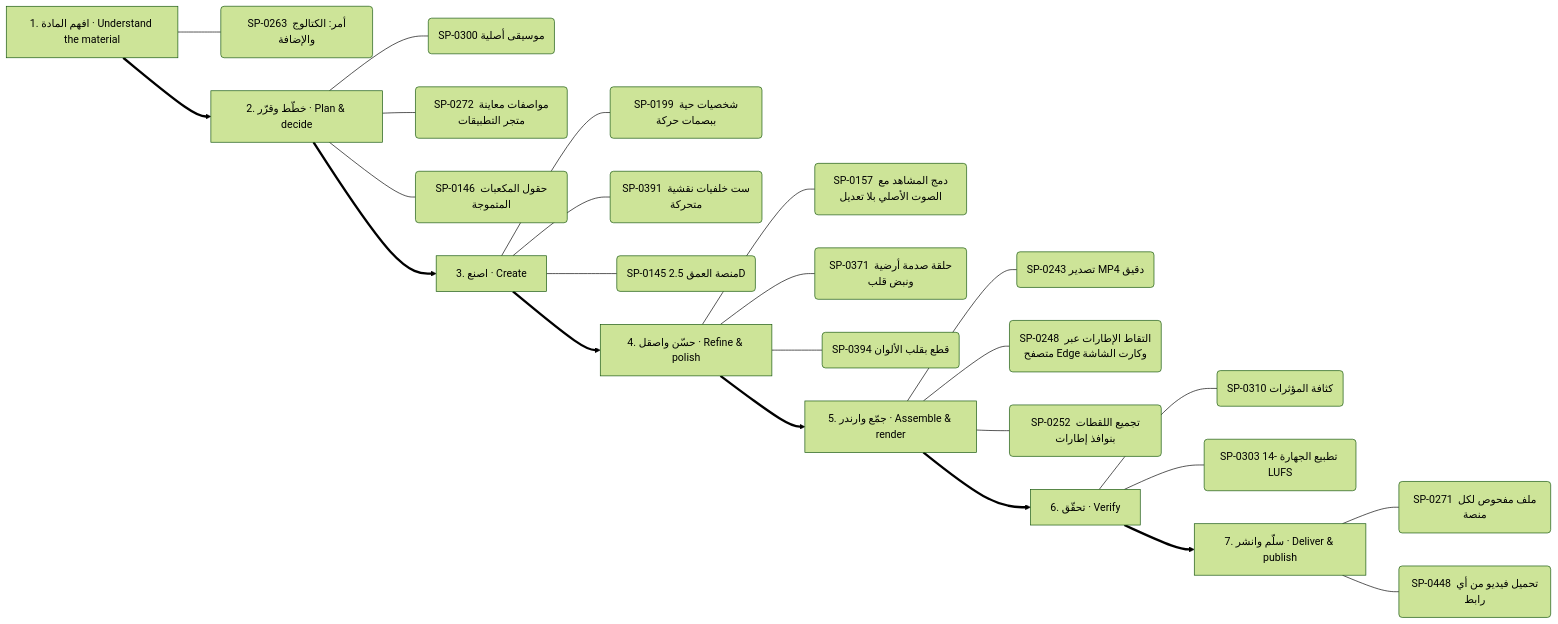
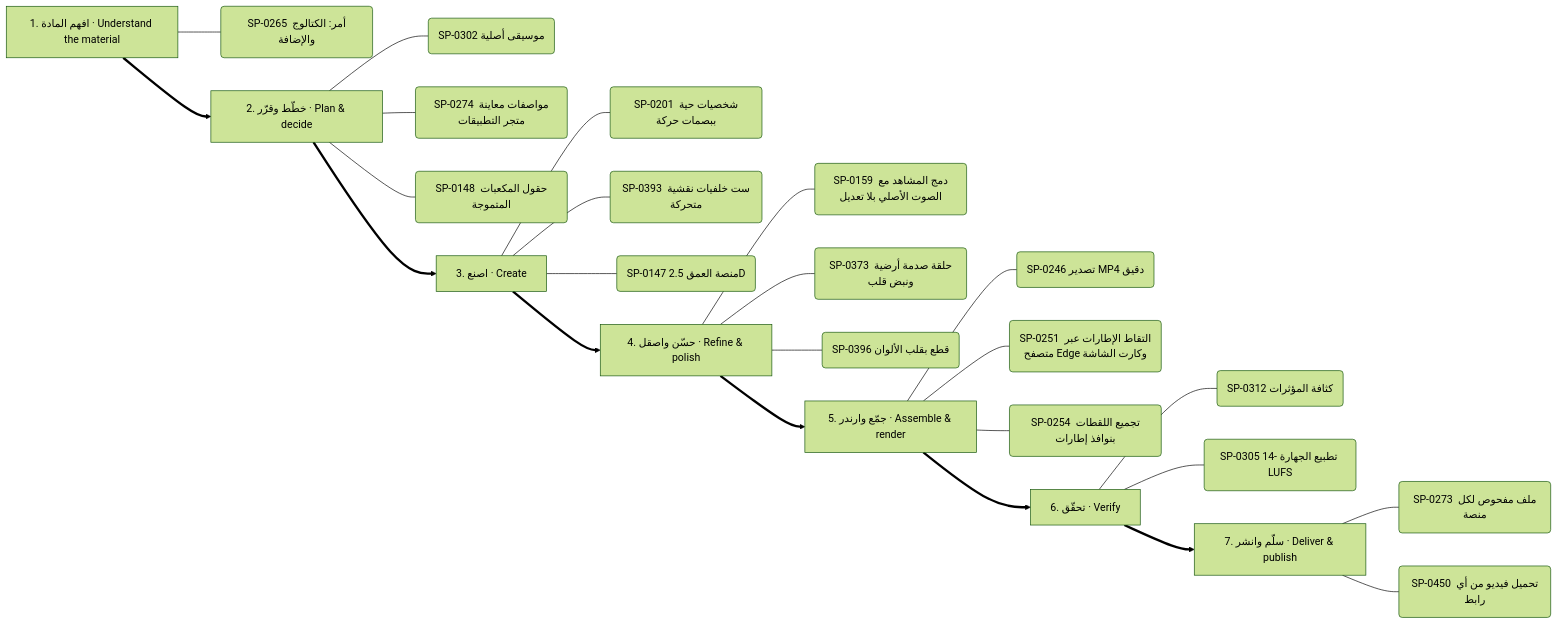
The fourth of 13 diagrams in .claude/skills/kosif-superpowers/references/capability-mindmap.md (kosif199022-jpg/kosif-tool), drawn with Mermaid (forest theme) before and after one commit. The commit also changed other lines of this file and 65 other files, not shown here.

````diff
--- a/.claude/skills/kosif-superpowers/references/capability-mindmap.md
+++ b/.claude/skills/kosif-superpowers/references/capability-mindmap.md
@@ -225,33 +225,33 @@
 ```mermaid
 flowchart LR
   S0["1. افهم المادة · Understand the material"]
-  S0 --- S0_0("SP-0263 أمر: الكتالوج والإضافة")
+  S0 --- S0_0("SP-0265 أمر: الكتالوج والإضافة")
   S1["2. خطّط وقرّر · Plan & decide"]
-  S1 --- S1_0("SP-0300 موسيقى أصلية")
-  S1 --- S1_1("SP-0272 مواصفات معاينة متجر التطبيقات")
-  S1 --- S1_2("SP-0146 حقول المكعبات المتموجة")
+  S1 --- S1_0("SP-0302 موسيقى أصلية")
+  S1 --- S1_1("SP-0274 مواصفات معاينة متجر التطبيقات")
+  S1 --- S1_2("SP-0148 حقول المكعبات المتموجة")
   S0 ==> S1
   S2["3. اصنع · Create"]
-  S2 --- S2_0("SP-0199 شخصيات حية ببصمات حركة")
-  S2 --- S2_1("SP-0391 ست خلفيات نقشية متحركة")
-  S2 --- S2_2("SP-0145 منصة العمق 2.5D")
+  S2 --- S2_0("SP-0201 شخصيات حية ببصمات حركة")
+  S2 --- S2_1("SP-0393 ست خلفيات نقشية متحركة")
+  S2 --- S2_2("SP-0147 منصة العمق 2.5D")
   S1 ==> S2
   S3["4. حسّن واصقل · Refine & polish"]
-  S3 --- S3_0("SP-0157 دمج المشاهد مع الصوت الأصلي بلا تعديل")
-  S3 --- S3_1("SP-0371 حلقة صدمة أرضية ونبض قلب")
-  S3 --- S3_2("SP-0394 قطع بقلب الألوان")
+  S3 --- S3_0("SP-0159 دمج المشاهد مع الصوت الأصلي بلا تعديل")
+  S3 --- S3_1("SP-0373 حلقة صدمة أرضية ونبض قلب")
+  S3 --- S3_2("SP-0396 قطع بقلب الألوان")
   S2 ==> S3
   S4["5. جمّع وارندر · Assemble & render"]
-  S4 --- S4_0("SP-0243 تصدير MP4 دقيق")
-  S4 --- S4_1("SP-0248 التقاط الإطارات عبر متصفح Edge وكارت الشاشة")
-  S4 --- S4_2("SP-0252 تجميع اللقطات بنوافذ إطارات")
+  S4 --- S4_0("SP-0246 تصدير MP4 دقيق")
+  S4 --- S4_1("SP-0251 التقاط الإطارات عبر متصفح Edge وكارت الشاشة")
+  S4 --- S4_2("SP-0254 تجميع اللقطات بنوافذ إطارات")
   S3 ==> S4
   S5["6. تحقّق · Verify"]
-  S5 --- S5_0("SP-0310 كثافة المؤثرات")
-  S5 --- S5_1("SP-0303 تطبيع الجهارة -14 LUFS")
+  S5 --- S5_0("SP-0312 كثافة المؤثرات")
+  S5 --- S5_1("SP-0305 تطبيع الجهارة -14 LUFS")
   S4 ==> S5
   S6["7. سلّم وانشر · Deliver & publish"]
-  S6 --- S6_0("SP-0271 ملف مفحوص لكل منصة")
-  S6 --- S6_1("SP-0448 تحميل فيديو من أي رابط")
+  S6 --- S6_0("SP-0273 ملف مفحوص لكل منصة")
+  S6 --- S6_1("SP-0450 تحميل فيديو من أي رابط")
   S5 ==> S6
 ```
````
